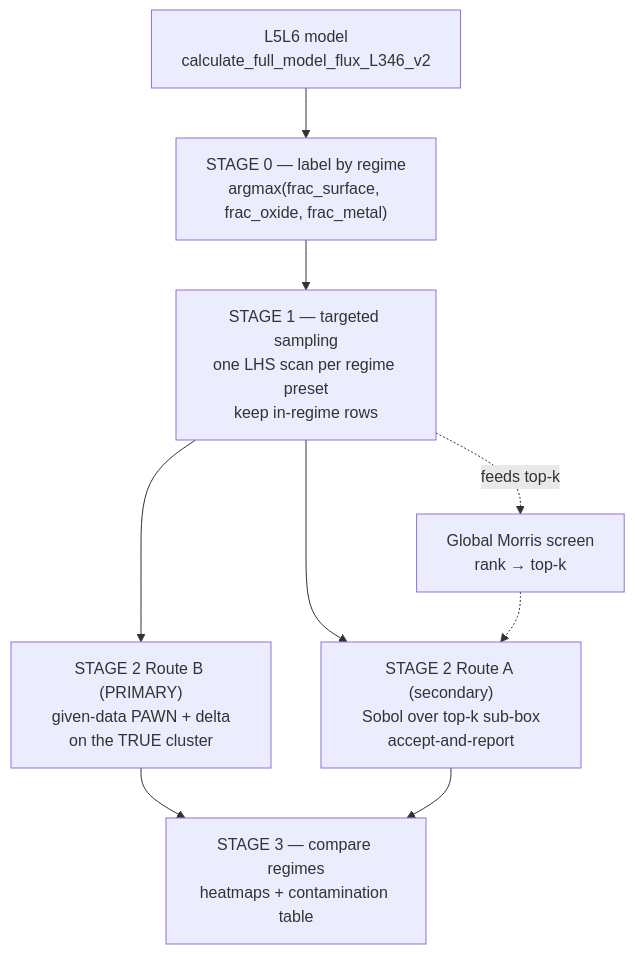
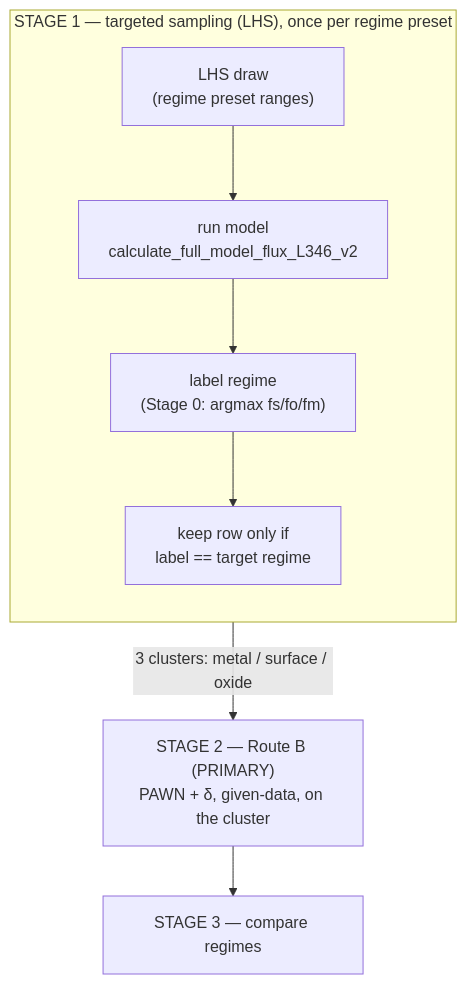
Before and after one commit to Azeezakinyemi999/MHI_permeation: the first of 2 diagrams in docs/regime_sensitivity_workflow.md, drawn with Mermaid. The commit also changed other lines of this file and 54 other files, not shown here.

````diff
--- a/docs/regime_sensitivity_workflow.md
+++ b/docs/regime_sensitivity_workflow.md
@@ -55,12 +64,11 @@
 ```mermaid
 flowchart TD
-    M["L5L6 model<br/>calculate_full_model_flux_L346_v2"] --> S0
-    S0["STAGE 0 — label by regime<br/>argmax(frac_surface, frac_oxide, frac_metal)"] --> S1
-    S1["STAGE 1 — targeted sampling<br/>one LHS scan per regime preset<br/>keep in-regime rows"] --> RB
-    S1 --> RA
-    S1 -. feeds top-k .-> SCREEN["Global Morris screen<br/>rank → top-k"]
-    SCREEN -.-> RA
-    RB["STAGE 2 Route B (PRIMARY)<br/>given-data PAWN + delta<br/>on the TRUE cluster"] --> S3
-    RA["STAGE 2 Route A (secondary)<br/>Sobol over top-k sub-box<br/>accept-and-report"] --> S3
-    S3["STAGE 3 — compare regimes<br/>heatmaps + contamination table"]
+    subgraph S1["STAGE 1 — targeted sampling (LHS), once per regime preset"]
+        direction TB
+        D["LHS draw<br/>(regime preset ranges)"] --> R["run model<br/>calculate_full_model_flux_L346_v2"]
+        R --> L["label regime<br/>(Stage 0: argmax fs/fo/fm)"]
+        L --> K["keep row only if<br/>label == target regime"]
+    end
+    S1 -->|3 clusters: metal / surface / oxide| RB["STAGE 2 — Route B (PRIMARY)<br/>PAWN + δ, given-data, on the cluster"]
+    RB --> S3A["STAGE 3 — compare regimes"]
 ```
````
